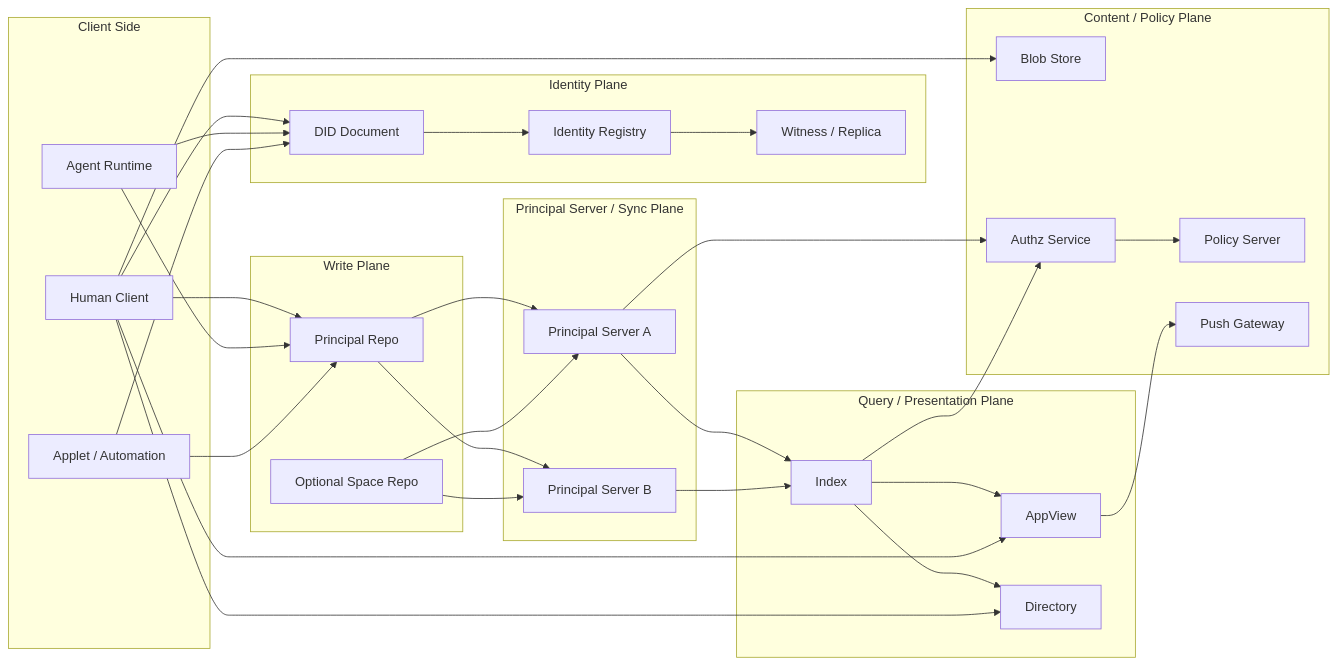
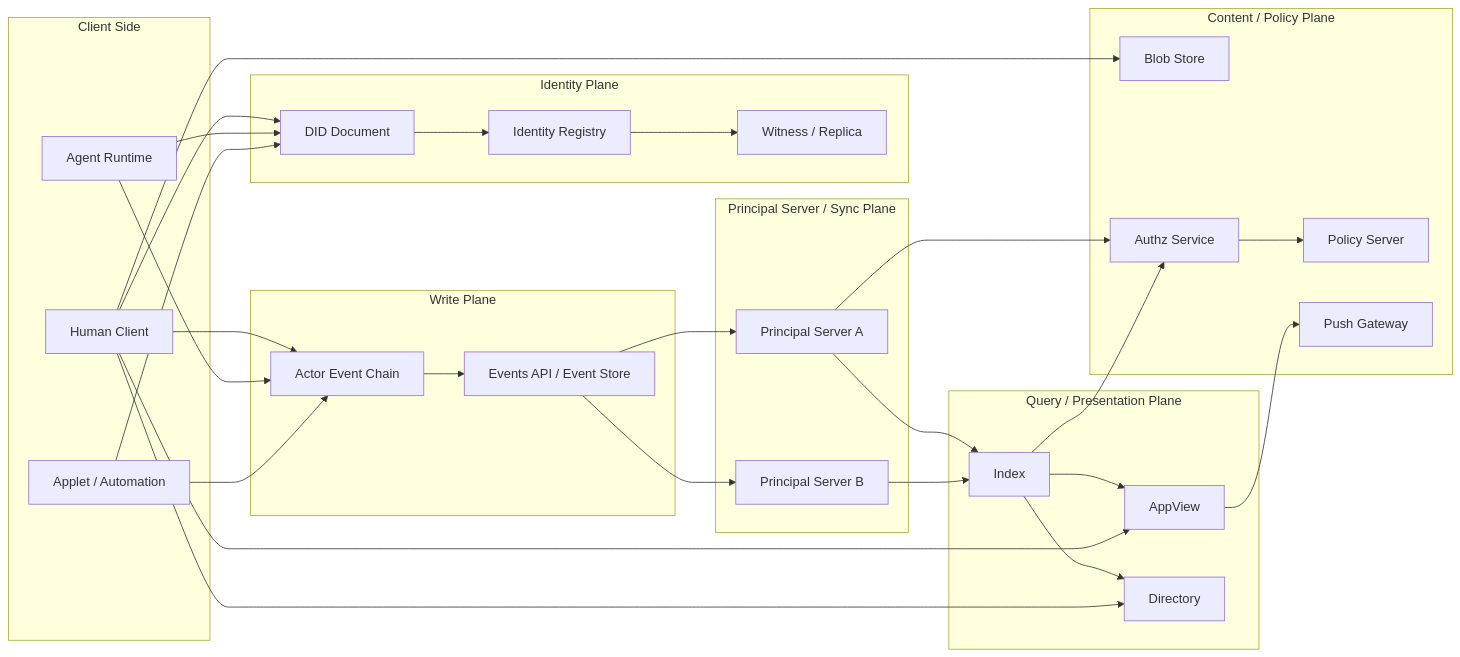
One commit to arkret-org/arkret-spec changed the diagram in zh/overview/architecture.md. Above: the diagram before and after it, drawn with Mermaid. The commit also changed other lines of this file and 81 other files, not shown here.

````diff
--- a/zh/overview/architecture.md
+++ b/zh/overview/architecture.md
@@ -268,65 +267,64 @@
 ```mermaid
 flowchart LR
     subgraph "Client Side"
         C1["Human Client"]
         C2["Agent Runtime"]
         C3["Applet / Automation"]
     end
 
     subgraph "Identity Plane"
         DID["DID Document"]
         REG["Identity Registry"]
         WIT["Witness / Replica"]
     end
 
     subgraph "Write Plane"
-        PR["Principal Repo"]
-        SR["Optional Space Repo"]
+        EV["Actor Event Chain"]
+        ER["Events API / Event Store"]
     end
 
     subgraph "Principal Server / Sync Plane"
         PS1["Principal Server A"]
         PS2["Principal Server B"]
     end
 
     subgraph "Query / Presentation Plane"
         IDX["Index"]
         APPV["AppView"]
         DIR["Directory"]
     end
 
     subgraph "Content / Policy Plane"
         BLOB["Blob Store"]
         AUTHZ["Authz Service"]
         POL["Policy Server"]
         PUSH["Push Gateway"]
     end
 
     C1 --> DID
     C2 --> DID
     C3 --> DID
     DID --> REG
     REG --> WIT
 
-    C1 --> PR
-    C2 --> PR
-    C3 --> PR
-    PR --> PS1
-    PR --> PS2
-    SR --> PS1
-    SR --> PS2
+    C1 --> EV
+    C2 --> EV
+    C3 --> EV
+    EV --> ER
+    ER --> PS1
+    ER --> PS2
 
     PS1 --> IDX
     PS2 --> IDX
     IDX --> APPV
     IDX --> DIR
 
     C1 --> APPV
     C1 --> DIR
     C1 --> BLOB
 
     PS1 --> AUTHZ
     IDX --> AUTHZ
     AUTHZ --> POL
     APPV --> PUSH
 ```
````
